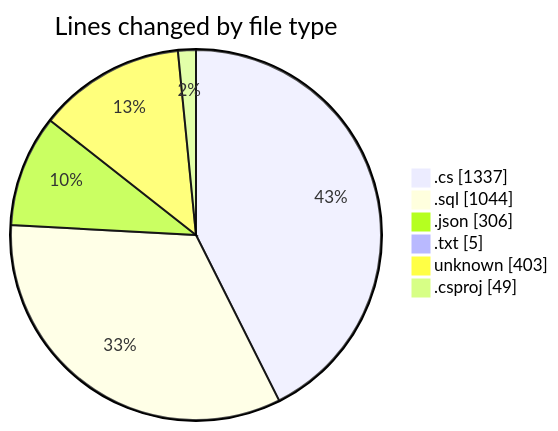
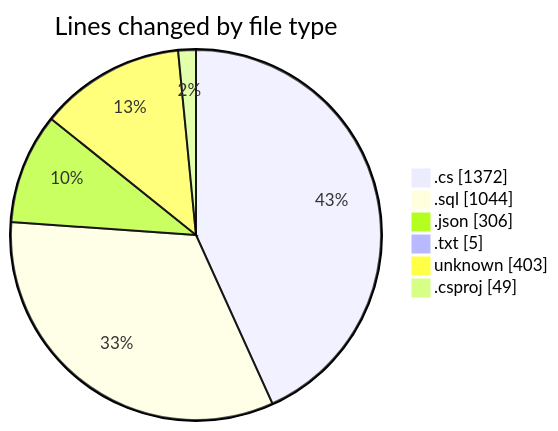
One commit to Netris89/code-tracking changed the first of 2 diagrams in 2025-04-04/back-end/README.md. Above: the diagram before and after it, drawn with Mermaid. The commit also changed other lines of this file and 1 other file, not shown here.

````diff
--- a/2025-04-04/back-end/README.md
+++ b/2025-04-04/back-end/README.md
@@ -33,10 +33,10 @@
 ```mermaid
 pie showData
 title Lines changed by file type
-".cs" : 1337
+".cs" : 1372
 ".sql" : 1044
 ".json" : 306
 ".txt" : 5
 "unknown" : 403
 ".csproj" : 49
 ```
````
